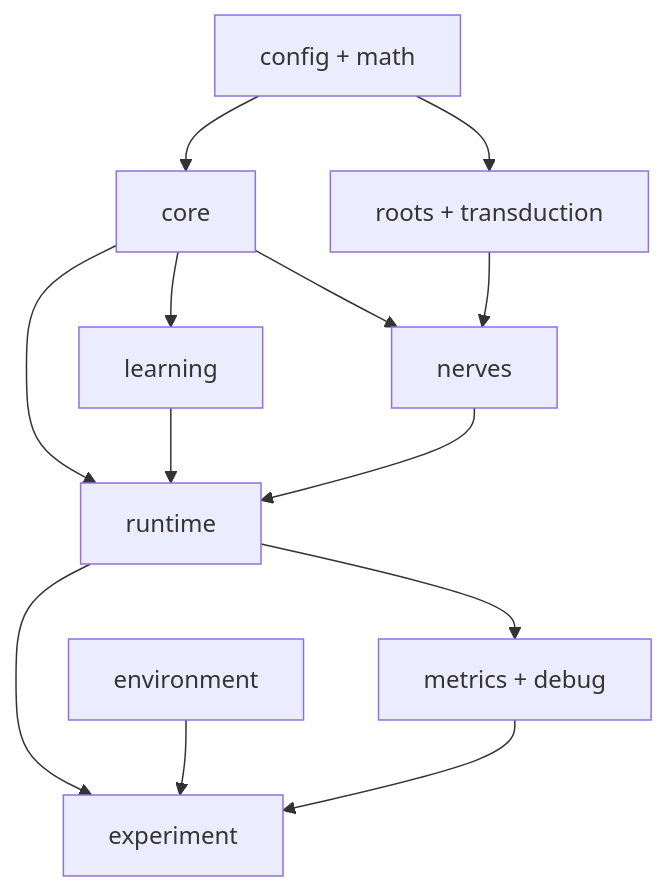
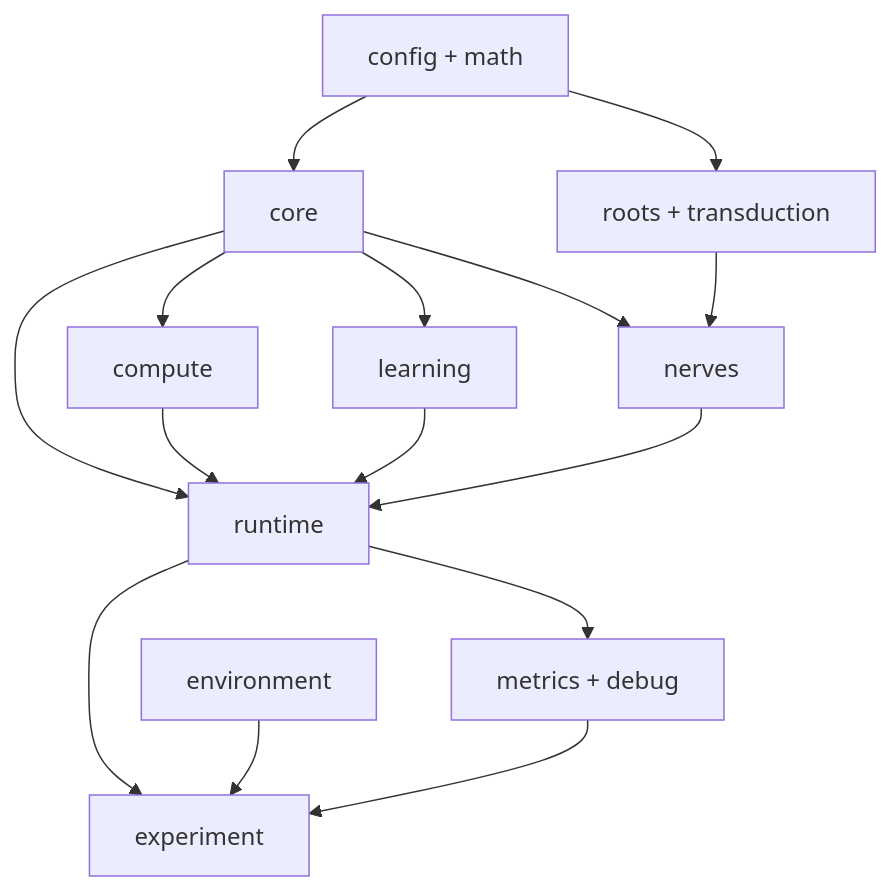
One commit to SirGator/NERVA changed the second of 2 diagrams in NERVA_SLICE_ARCHITECTURE.md. Above: the diagram before and after it, drawn with Mermaid. The commit also changed other lines of this file and 81 other files, not shown here.

````diff
--- a/NERVA_SLICE_ARCHITECTURE.md
+++ b/NERVA_SLICE_ARCHITECTURE.md
@@ -502,15 +553,17 @@
 ```mermaid
 flowchart TD
     B["config + math"] --> C["core"]
     B --> I["roots + transduction"]
     C --> L["learning"]
     C --> N["nerves"]
     I --> N
     C --> R["runtime"]
+    C --> K["compute"]
+    K --> R
     L --> R
     N --> R
     R --> O["metrics + debug"]
     R --> X["experiment"]
     E["environment"] --> X
     O --> X
 ```
````
